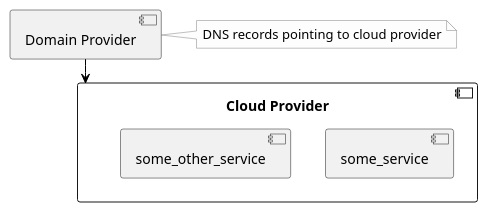
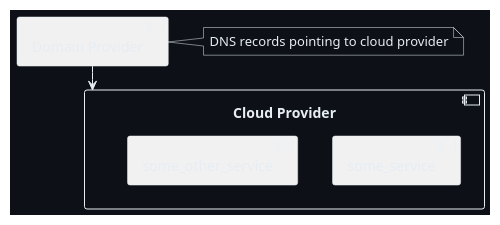
Before and after one commit to sommerfeld-io/infrastructure-config: the diagram in docs/modules/arc42-docs/pages/05-building-block-view.adoc, drawn with PlantUML.

Commit message:
changed plantuml style

```diff
--- a/docs/modules/arc42-docs/pages/05-building-block-view.adoc
+++ b/docs/modules/arc42-docs/pages/05-building-block-view.adoc
@@ -34,28 +34,50 @@
 [plantuml, puml-build-image, svg]
 ----
 @startuml
 
 skinparam linetype ortho
 skinparam monochrome false
 skinparam componentStyle uml2
-skinparam backgroundColor #fff
-skinparam ArrowColor black
-skinparam NoteBorderColor Grey
-skinparam NoteBackgroundColor #fdfdfd
+skinparam backgroundColor #0D1117
+skinparam ArrowColor #e6edf3
+skinparam NoteBorderColor #e6edf3
+skinparam NoteFontColor #e6edf3
+skinparam NoteBackgroundColor transparent
+skinparam ComponentBorderColor #e6edf3
+skinparam ComponentFontColor #e6edf3
+skinparam DatabaseBorderColor #e6edf3
+skinparam DatabaseBackgroundColor #444
+skinparam DatabaseFontColor #e6edf3
+skinparam FileBorderColor #e6edf3
+skinparam FileFontColor #e6edf3
+skinparam ControlBorderColor #e6edf3
+skinparam ControlFontColor #e6edf3
+skinparam RectangleBackgroundColor transparent
+skinparam RectangleBorderColor #e6edf3
+skinparam RectangleFontColor #e6edf3
+skinparam ControlBackgroundColor transparent
+skinparam ControlBorderColor #e6edf3
+skinparam ControlFontColor #e6edf3
+skinparam HexagonBackgroundColor transparent
+skinparam HexagonBorderColor #e6edf3
+skinparam HexagonFontColor #e6edf3
+skinparam ArtifactBackgroundColor #444
+skinparam ArtifactBorderColor #e6edf3
+skinparam ArtifactFontColor #e6edf3
 skinparam defaultTextAlignment center
 skinparam activity {
 FontName Ubuntu
 }
 
 component domain_provider as "Domain Provider"
 component cloud_provider as "Cloud Provider" {
     component some_service
     component some_other_service
 }
 
 domain_provider -down-> cloud_provider
 
 note right of domain_provider: DNS records pointing to cloud provider
 
 @enduml
 ----
```
